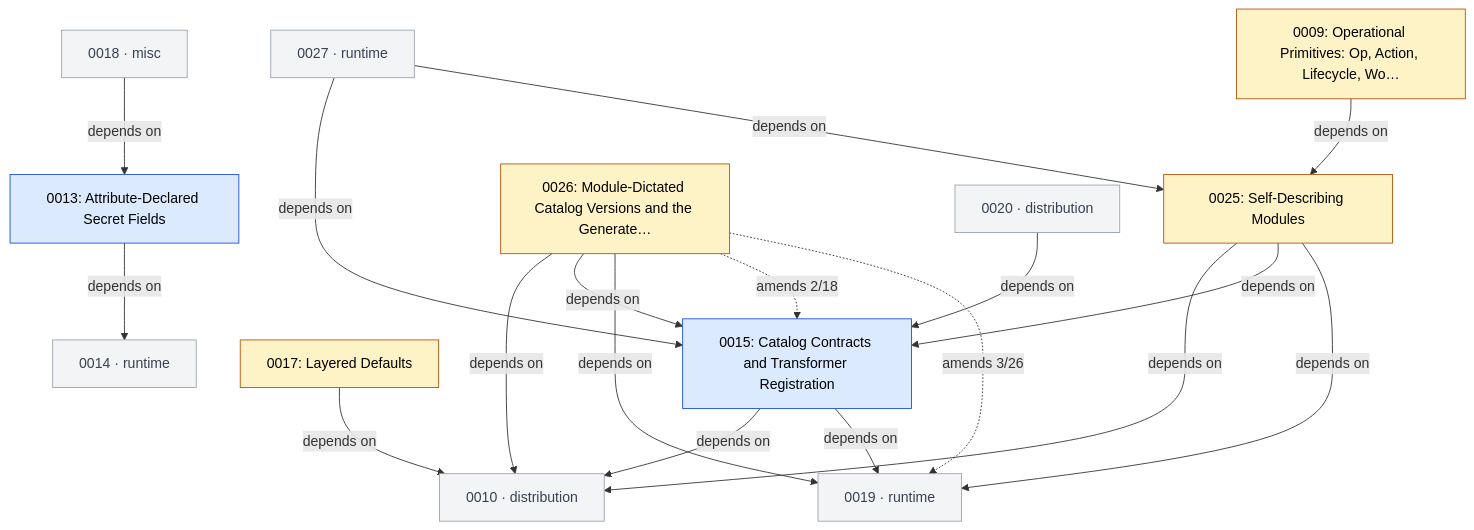
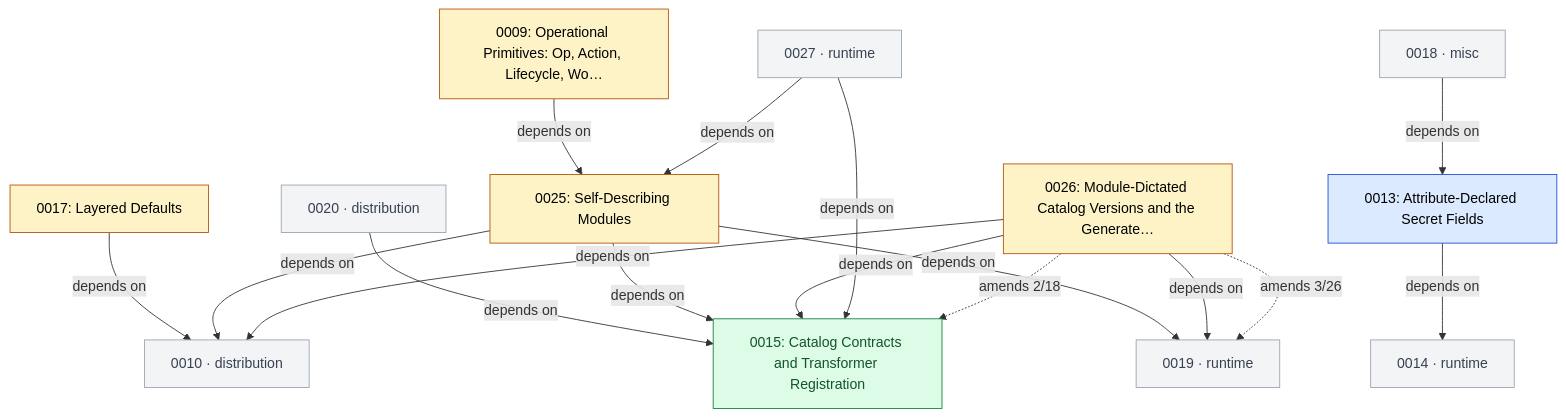
One commit to open-platform-model/enhancements changed the second of 7 diagrams in GRAPH.md. Above: the diagram before and after it, drawn with Mermaid. The commit also changed other lines of this file and 1 other file, not shown here.

Commit message:
docs(index): regenerate INDEX.md and GRAPH.md

````diff
--- a/GRAPH.md
+++ b/GRAPH.md
@@ -49,42 +50,40 @@
 ```mermaid
 graph TD
   classDef draft       fill:#fef3c7,stroke:#b45309,color:#000
   classDef accepted    fill:#dbeafe,stroke:#1d4ed8,color:#000
   classDef rejected    fill:#fee2e2,stroke:#b91c1c,color:#7f1d1d,stroke-dasharray:4 2
   classDef superseded  fill:#e5e7eb,stroke:#6b7280,color:#6b7280
   classDef delivered   fill:#dcfce7,stroke:#15803d,color:#14532d
   classDef legacy      fill:#fafafa,stroke:#9ca3af,color:#6b7280,stroke-dasharray:3 3
   classDef stub        fill:#f3f4f6,stroke:#9ca3af,color:#374151
   classDef category    fill:#ede9fe,stroke:#6d28d9,color:#000
 
   N0009["0009: Operational Primitives: Op, Action, Lifecycle, Wo…"]:::draft
   N0013["0013: Attribute-Declared Secret Fields"]:::accepted
-  N0015["0015: Catalog Contracts and Transformer Registration"]:::accepted
+  N0015["0015: Catalog Contracts and Transformer Registration"]:::delivered
   N0017["0017: Layered Defaults"]:::draft
   N0025["0025: Self-Describing Modules"]:::draft
   N0026["0026: Module-Dictated Catalog Versions and the Generate…"]:::draft
   N0010["0010 · distribution"]:::stub
   N0014["0014 · runtime"]:::stub
   N0018["0018 · misc"]:::stub
   N0019["0019 · runtime"]:::stub
   N0020["0020 · distribution"]:::stub
   N0027["0027 · runtime"]:::stub
 
   N0009 -->|depends on| N0025
   N0013 -->|depends on| N0014
-  N0015 -->|depends on| N0010
-  N0015 -->|depends on| N0019
   N0017 -->|depends on| N0010
   N0018 -->|depends on| N0013
   N0020 -->|depends on| N0015
   N0025 -->|depends on| N0010
   N0025 -->|depends on| N0015
   N0025 -->|depends on| N0019
   N0026 -->|depends on| N0010
   N0026 -->|depends on| N0015
   N0026 -->|depends on| N0019
   N0027 -->|depends on| N0015
   N0027 -->|depends on| N0025
   N0026 -.->|amends 2/18| N0015
   N0026 -.->|amends 3/26| N0019
 ```
````
